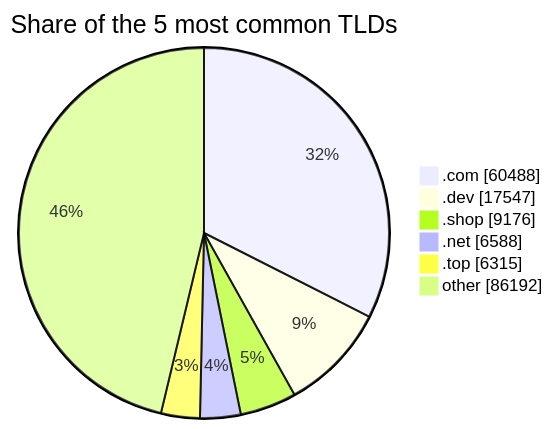
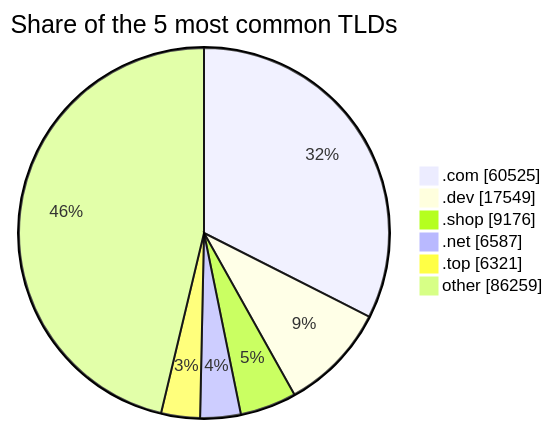
Before and after one commit to DNSBunker/CTI: the third of 3 diagrams in README.md, drawn with Mermaid. The commit also changed other lines of this file and 3 other files, not shown here.

````diff
--- a/README.md
+++ b/README.md
@@ -81,9 +81,9 @@
 ```mermaid
 pie showData title Share of the 5 most common TLDs
-    ".com" : 60488
-    ".dev" : 17547
+    ".com" : 60525
+    ".dev" : 17549
     ".shop" : 9176
-    ".net" : 6588
-    ".top" : 6315
-    "other" : 86192
+    ".net" : 6587
+    ".top" : 6321
+    "other" : 86259
 ```
````
